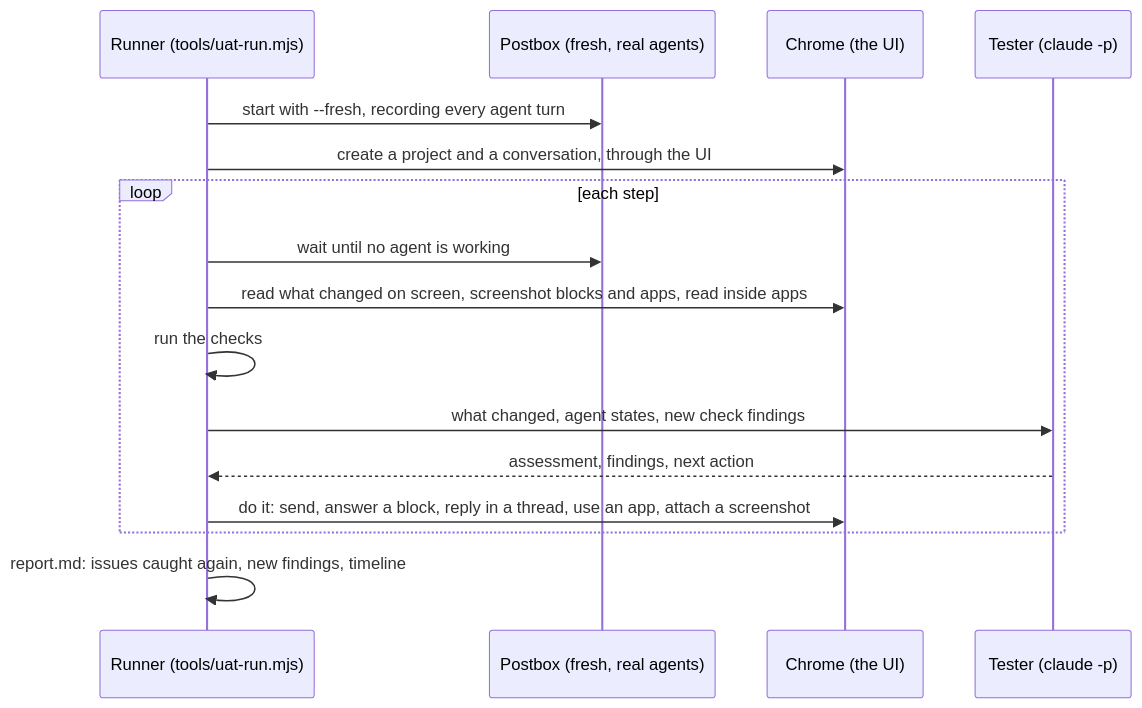
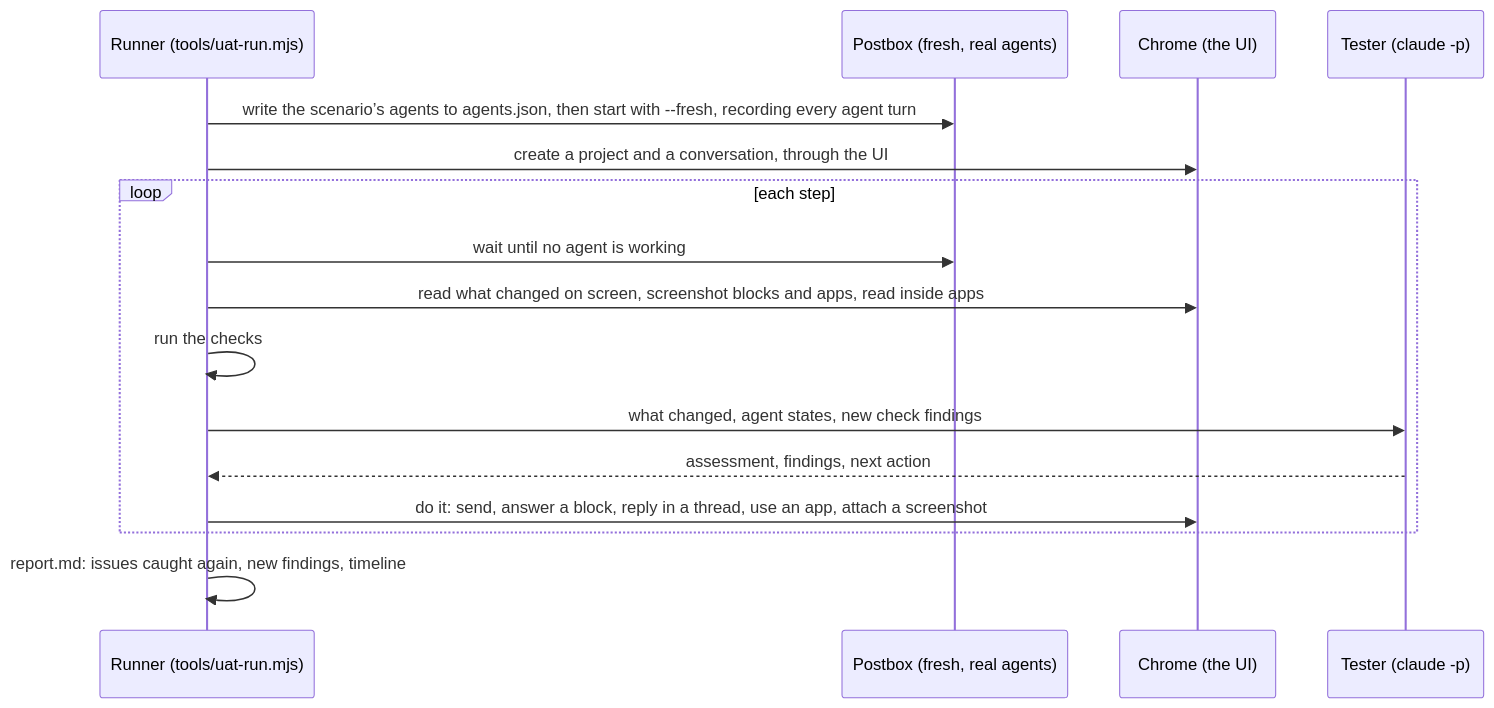
The diagram in tests/uat/e2e/README.md (HJeon139/postbox), drawn with Mermaid before and after one commit. The commit also changed other lines of this file and 10 other files, not shown here.

First line of the commit message:
A fresh install starts with one generic agent

````diff
--- a/tests/uat/e2e/README.md
+++ b/tests/uat/e2e/README.md
@@ -9,18 +9,18 @@
 ```mermaid
 sequenceDiagram
   participant R as Runner (tools/uat-run.mjs)
   participant P as Postbox (fresh, real agents)
   participant B as Chrome (the UI)
   participant T as Tester (claude -p)
-  R->>P: start with --fresh, recording every agent turn
+  R->>P: write the scenario’s agents to agents.json, then start with --fresh, recording every agent turn
   R->>B: create a project and a conversation, through the UI
   loop each step
     R->>P: wait until no agent is working
     R->>B: read what changed on screen, screenshot blocks and apps, read inside apps
     R->>R: run the checks
     R->>T: what changed, agent states, new check findings
     T-->>R: assessment, findings, next action
     R->>B: do it: send, answer a block, reply in a thread, use an app, attach a screenshot
   end
   R->>R: report.md: issues caught again, new findings, timeline
 ```
````
